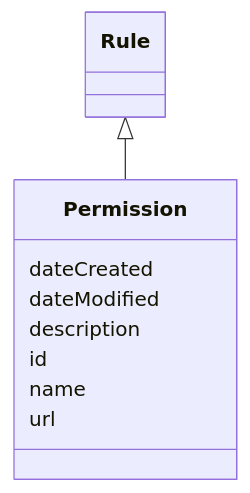
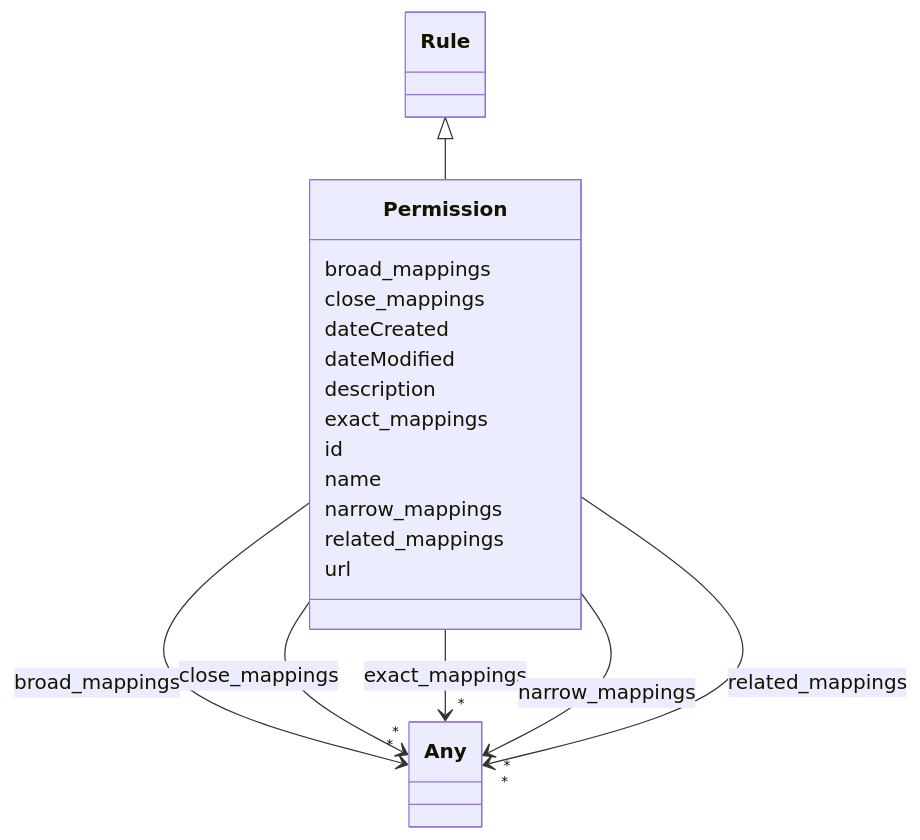
Before and after one commit to ingelise/risk-atlas-nexus: the diagram in docs/ontology/Permission.md, drawn with Mermaid. The commit also changed other lines of this file and 180 other files, not shown here.

````diff
--- a/docs/ontology/Permission.md
+++ b/docs/ontology/Permission.md
@@ -18,21 +18,76 @@
 ```mermaid
  classDiagram
     class Permission
     click Permission href "../Permission/"
       Rule <|-- Permission
         click Rule href "../Rule/"
 
+      Permission : broad_mappings
+
+
+
+
+
+        Permission --> "*" Any : broad_mappings
+        click Any href "../Any/"
+
+
+
+      Permission : close_mappings
+
+
+
+
+
+        Permission --> "*" Any : close_mappings
+        click Any href "../Any/"
+
+
+
       Permission : dateCreated
 
       Permission : dateModified
 
       Permission : description
 
+      Permission : exact_mappings
+
+
+
+
+
+        Permission --> "*" Any : exact_mappings
+        click Any href "../Any/"
+
+
+
       Permission : id
 
       Permission : name
+
+      Permission : narrow_mappings
+
+
+
+
+
+        Permission --> "*" Any : narrow_mappings
+        click Any href "../Any/"
+
+
+
+      Permission : related_mappings
+
+
+
+
+
+        Permission --> "*" Any : related_mappings
+        click Any href "../Any/"
+
+
 
       Permission : url
 
 
 ```
````
